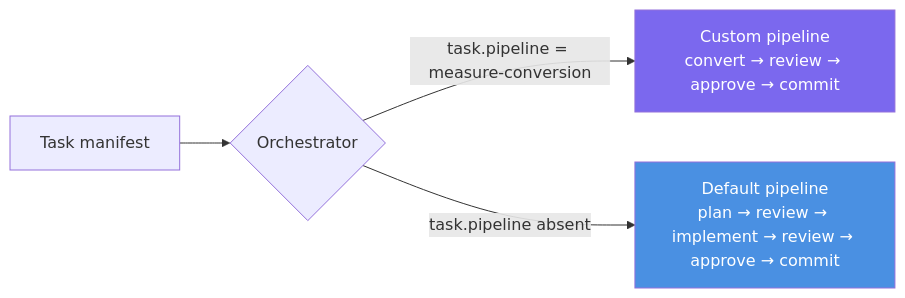
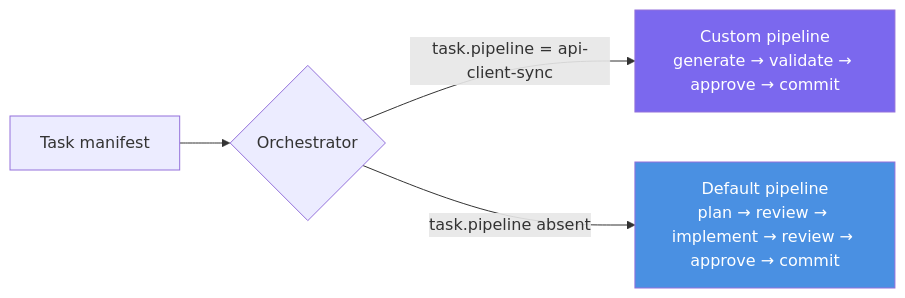
Before and after one commit to Entelligentsia/forge: the second of 4 diagrams in docs/customising-workflows.md, drawn with Mermaid. The commit also changed other lines of this file, not shown here.

First line of the commit message:
docs: replace proprietary HEDIS example with generic API client sync pipeline

````diff
--- a/docs/customising-workflows.md
+++ b/docs/customising-workflows.md
@@ -85,9 +91,9 @@
 ```mermaid
 flowchart LR
     T[Task manifest] --> ORC{Orchestrator}
-    ORC -->|task.pipeline = measure-conversion| CP[Custom pipeline\nconvert → review → approve → commit]
+    ORC -->|task.pipeline = api-client-sync| CP[Custom pipeline\ngenerate → validate → approve → commit]
     ORC -->|task.pipeline absent| DP[Default pipeline\nplan → review → implement → review → approve → commit]
 
     style CP fill:#7b68ee,color:#fff
     style DP fill:#4a90e2,color:#fff
 ```
````
